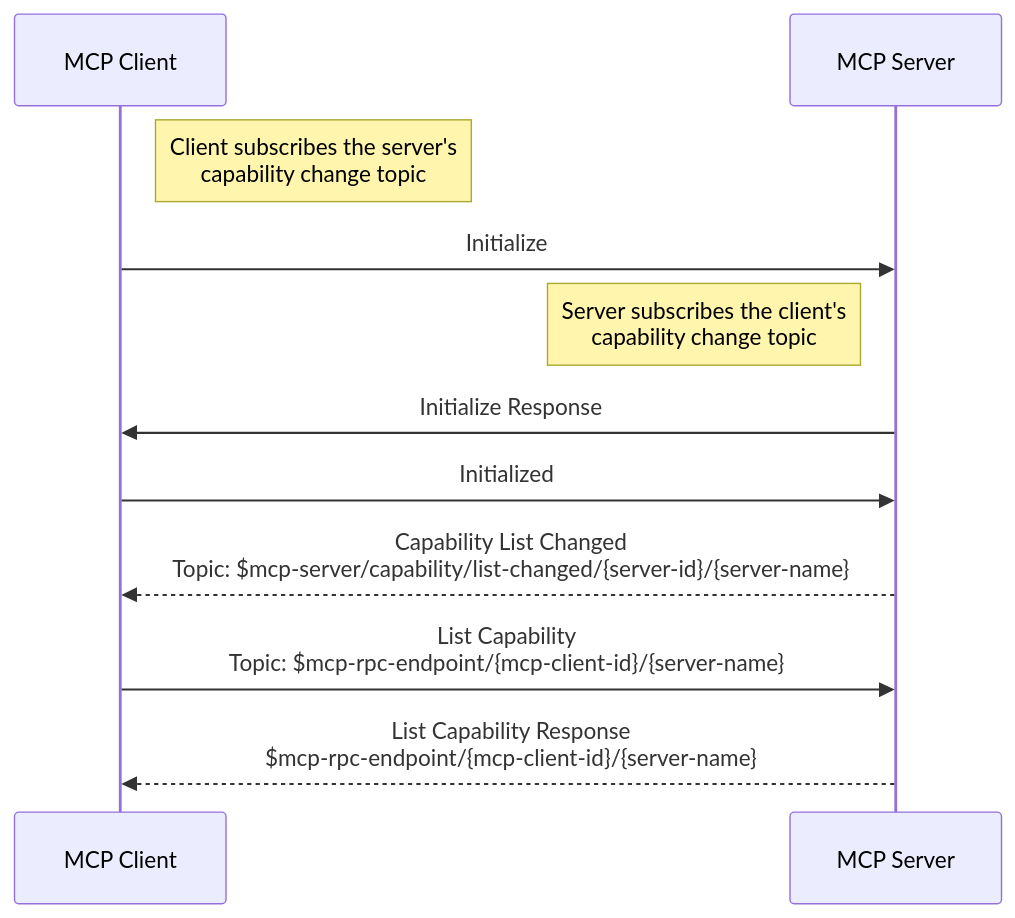
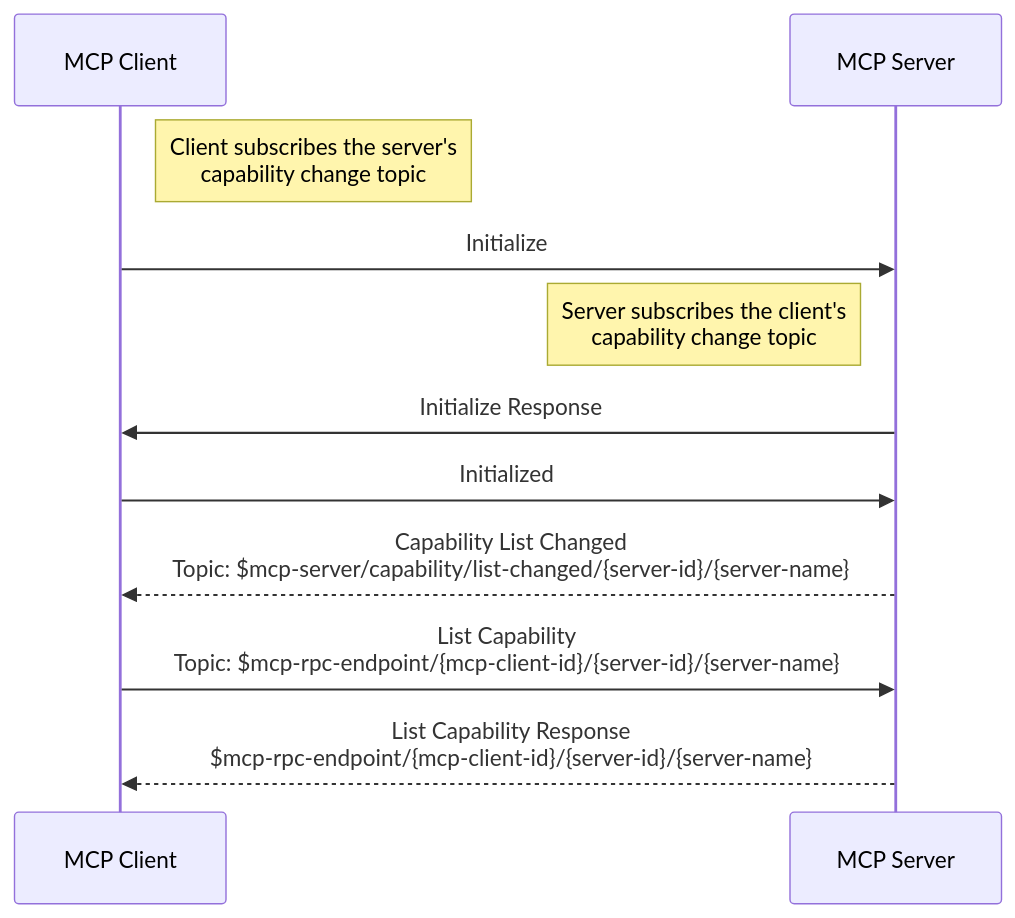
Before and after one commit to mqtt-ai/mcp-over-mqtt: the third of 4 diagrams in specification/2025-03-26/basic/mqtt_transport.md, drawn with Mermaid. The commit also changed other lines of this file, not shown here.

Commit message:
add server-id into the rpc topics

````diff
--- a/specification/2025-03-26/basic/mqtt_transport.md
+++ b/specification/2025-03-26/basic/mqtt_transport.md
@@ -318,19 +318,19 @@
 ```mermaid
 
 sequenceDiagram
     participant MCP_Client as MCP Client
     participant MCP_Server as MCP Server
 
     Note right of MCP_Client: Client subscribes the server's<br/>capability change topic
     MCP_Client ->> MCP_Server: Initialize
 
     Note left of MCP_Server: Server subscribes the client's<br/>capability change topic
     MCP_Server ->> MCP_Client: Initialize Response
     MCP_Client ->> MCP_Server: Initialized
 
     MCP_Server -->> MCP_Client: Capability List Changed<br/>Topic: $mcp-server/capability/list-changed/{server-id}/{server-name}
 
-    MCP_Client ->> MCP_Server: List Capability<br/>Topic: $mcp-rpc-endpoint/{mcp-client-id}/{server-name}
+    MCP_Client ->> MCP_Server: List Capability<br/>Topic: $mcp-rpc-endpoint/{mcp-client-id}/{server-id}/{server-name}
 
-    MCP_Server -->> MCP_Client: List Capability Response<br/>$mcp-rpc-endpoint/{mcp-client-id}/{server-name}
+    MCP_Server -->> MCP_Client: List Capability Response<br/>$mcp-rpc-endpoint/{mcp-client-id}/{server-id}/{server-name}
 ```
````
